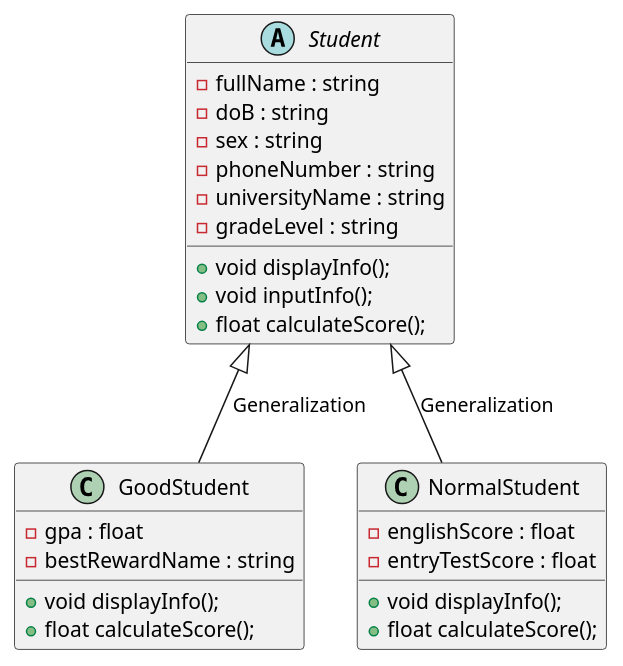
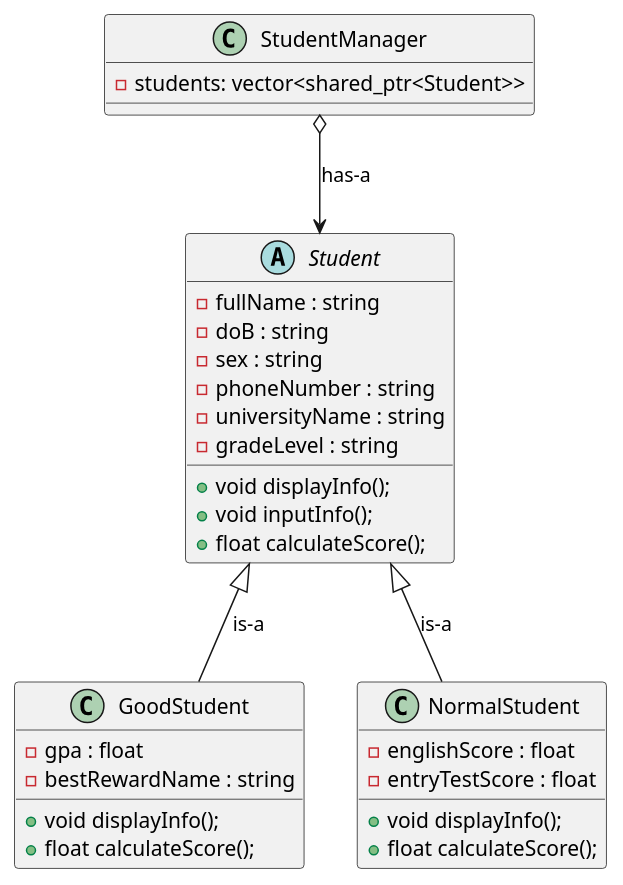
One commit to baobluebird/Basic-C-Cplusplus changed the diagram in .Assigment/OOP/ex14/diagram/diagram.wsd. Above: the diagram before and after it, drawn with PlantUML. The commit also changed 42 other files, not shown here.

```diff
--- a/.Assigment/OOP/ex14/diagram/diagram.wsd
+++ b/.Assigment/OOP/ex14/diagram/diagram.wsd
@@ -1,31 +1,35 @@
 @startuml
 abstract class Student {
     - fullName : string
     - doB : string
     - sex : string
     - phoneNumber : string
     - universityName : string
     - gradeLevel : string
     + void displayInfo();
     + void inputInfo();
     + float calculateScore();
 }
 
 class GoodStudent {
     - gpa : float
     - bestRewardName : string
     + void displayInfo();
     + float calculateScore(); 
 }
 
 class NormalStudent {
     - englishScore : float
     - entryTestScore : float
     + void displayInfo();
     + float calculateScore(); 
 }
 
-Student <|-- GoodStudent : Generalization 
-Student <|-- NormalStudent : Generalization 
+class StudentManager{
+    - students: vector<shared_ptr<Student>>
+}
 
+Student <|-- GoodStudent : is-a 
+Student <|-- NormalStudent : is-a 
+StudentManager o--> Student : has-a
 @enduml
```
